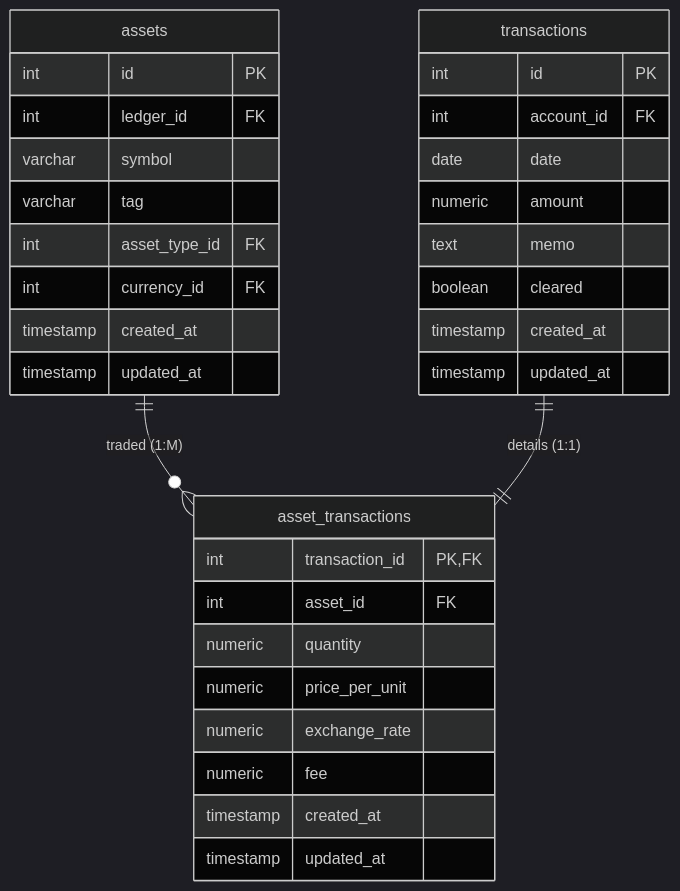
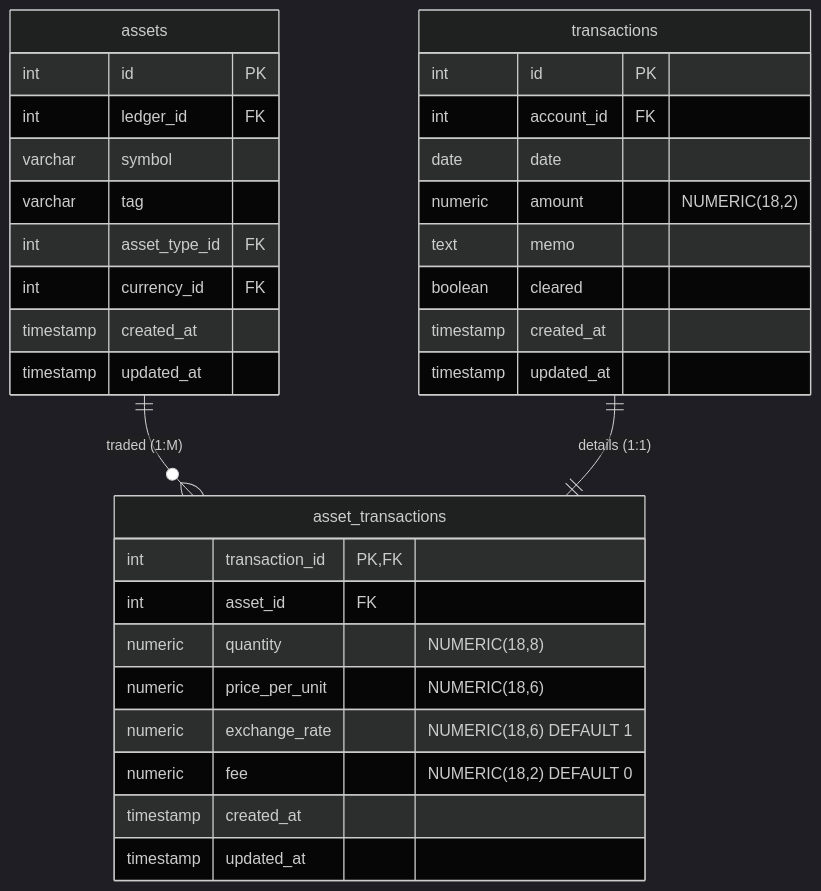
Before and after one commit to tiagopaispereira/ledger-to-invest: the ninth of 11 diagrams in database/docs/table_relationships.md, drawn with Mermaid (dark theme). The commit also changed other lines of this file, not shown here.

````diff
--- a/database/docs/table_relationships.md
+++ b/database/docs/table_relationships.md
@@ -564,38 +532,38 @@
 ```mermaid
 erDiagram
     transactions {
         int id PK
         int account_id FK
         date date
-        numeric amount
+        numeric amount "NUMERIC(18,2)"
         text memo
         boolean cleared
         timestamp created_at
         timestamp updated_at
     }
 
     assets {
         int id PK
         int ledger_id FK
         varchar symbol
         varchar tag
         int asset_type_id FK
         int currency_id FK
         timestamp created_at
         timestamp updated_at
     }
 
     asset_transactions {
         int transaction_id PK, FK
         int asset_id FK
-        numeric quantity
-        numeric price_per_unit
-        numeric exchange_rate
-        numeric fee
+        numeric quantity "NUMERIC(18,8)"
+        numeric price_per_unit "NUMERIC(18,6)"
+        numeric exchange_rate "NUMERIC(18,6) DEFAULT 1"
+        numeric fee "NUMERIC(18,2) DEFAULT 0"
         timestamp created_at
         timestamp updated_at
     }
     
     assets ||--o{ asset_transactions : "traded (1:M)"
     transactions ||--|| asset_transactions : "details (1:1)"
 ```
````
